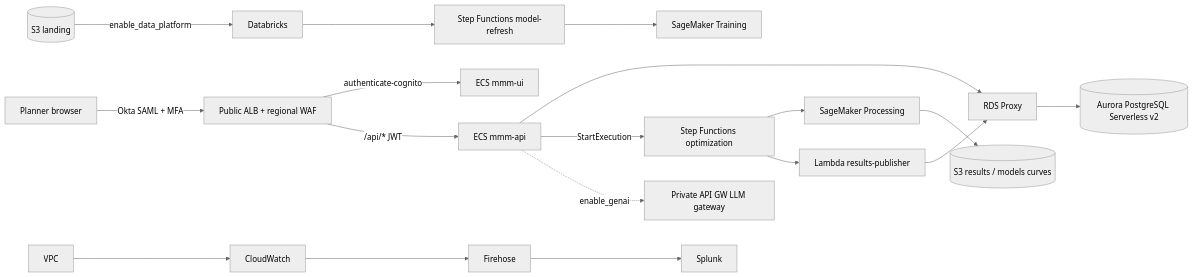
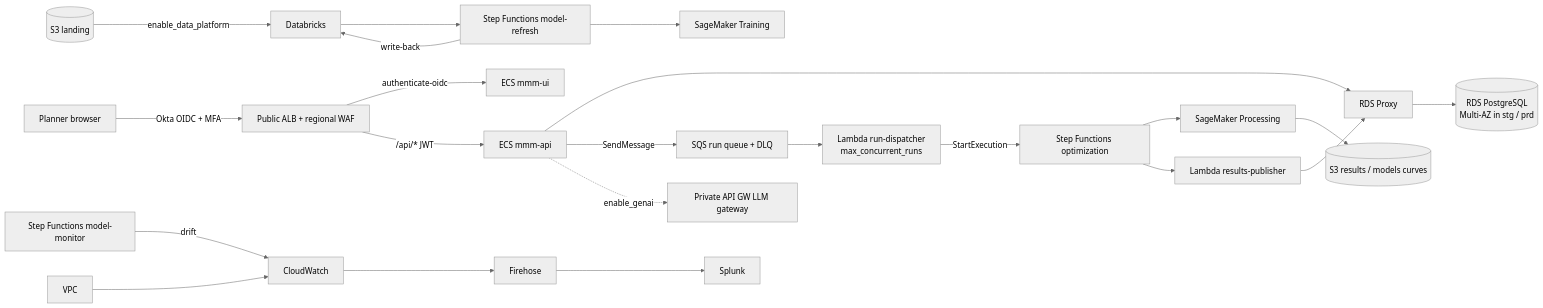
Before and after one commit to Yashwanth-wbd/wbd-aws-devops: the diagram in README.md, drawn with Mermaid (neutral theme). The commit also changed other lines of this file and 138 other files, not shown here.

First line of the commit message:
v3: Okta OIDC at the ALB, RDS PostgreSQL, SQS run queue + dispatcher, Databricks write-back, drift monitor

````diff
--- a/README.md
+++ b/README.md
@@ -35,17 +35,21 @@
 ```mermaid
 flowchart LR
-  user[Planner browser] -->|Okta SAML + MFA| alb[Public ALB + regional WAF]
-  alb -->|authenticate-cognito| ui[ECS mmm-ui]
+  user[Planner browser] -->|Okta OIDC + MFA| alb[Public ALB + regional WAF]
+  alb -->|authenticate-oidc| ui[ECS mmm-ui]
   alb -->|/api/* JWT| api[ECS mmm-api]
-  api --> proxy[RDS Proxy] --> aurora[(Aurora PostgreSQL Serverless v2)]
-  api -->|StartExecution| sfn[Step Functions optimization]
+  api --> proxy[RDS Proxy] --> rds[(RDS PostgreSQL<br/>Multi-AZ in stg / prd)]
+  api -->|SendMessage| sqs[SQS run queue + DLQ]
+  sqs --> disp[Lambda run-dispatcher<br/>max_concurrent_runs]
+  disp -->|StartExecution| sfn[Step Functions optimization]
   sfn --> sm[SageMaker Processing]
   sm --> s3res[(S3 results / models curves)]
   sfn --> pub[Lambda results-publisher]
   pub --> proxy
   land[(S3 landing)] -->|enable_data_platform| dbx[Databricks]
   dbx --> refresh[Step Functions model-refresh]
   refresh --> train[SageMaker Training]
+  refresh -->|write-back| dbx
+  monitor[Step Functions model-monitor] -->|drift| cw
   vpc[VPC] --> cw[CloudWatch] --> fh[Firehose] --> splunk[Splunk]
   api -. enable_genai .-> llm[Private API GW LLM gateway]
 ```
````
